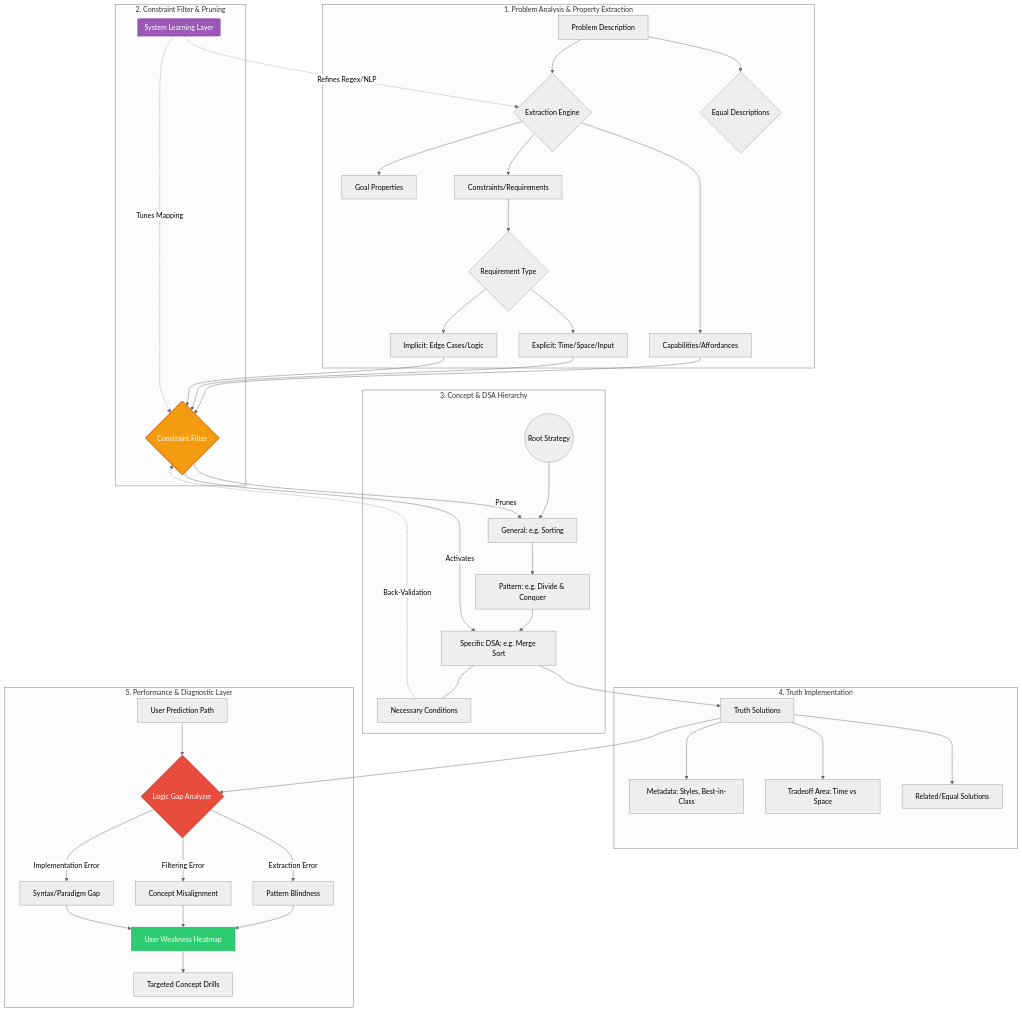
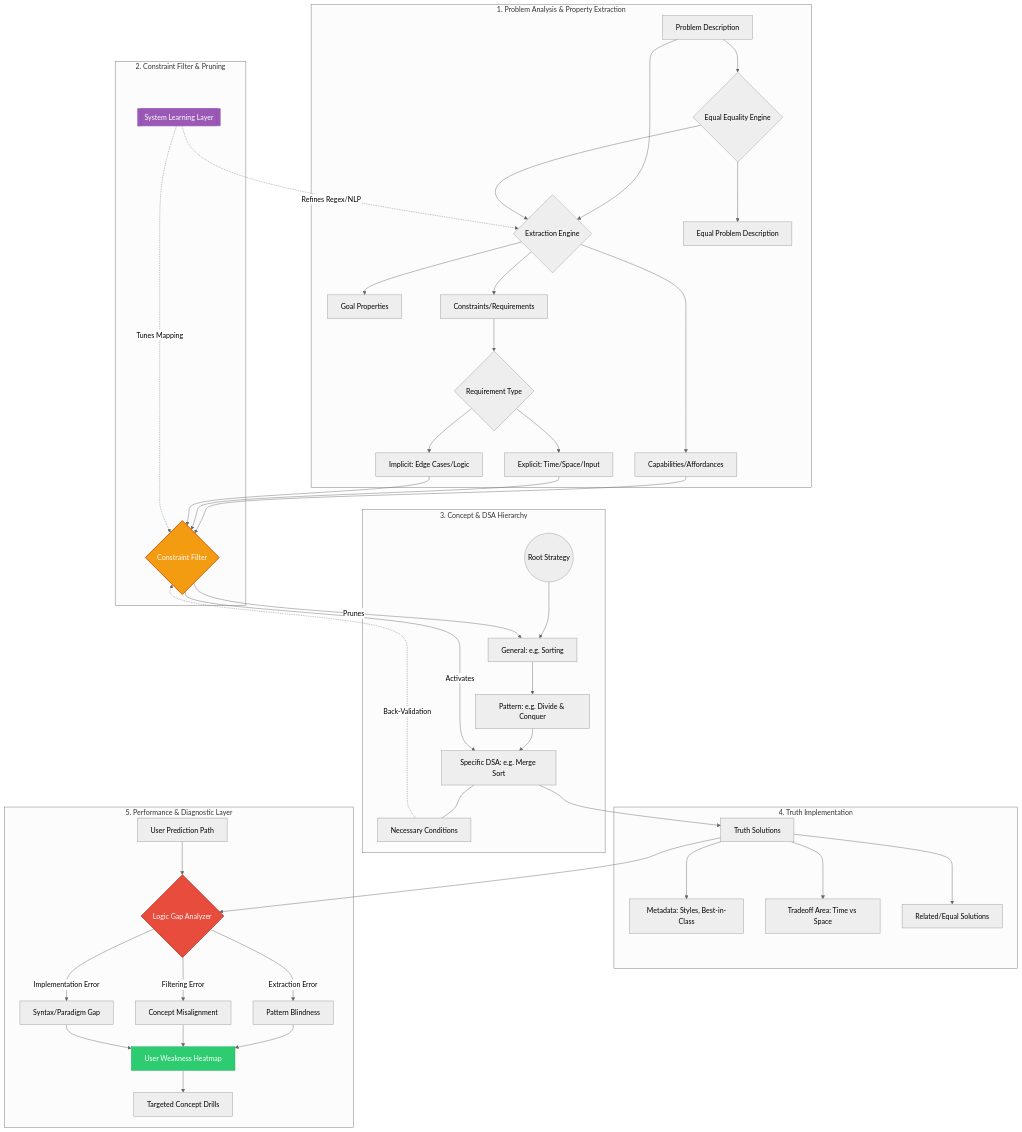
One commit to tbrumbaugh5396/another_code_trainer changed the diagram in README.md. Above: the diagram before and after it, drawn with Mermaid (neutral theme). The commit also changed 1 other file, not shown here.

````diff
--- a/README.md
+++ b/README.md
@@ -1,64 +1,70 @@
 ```mermaid
 graph TD
     %% --- LAYER 1: DATA INGESTION & FEATURE EXTRACTION ---
     subgraph Ingestion_Layer [1. Problem Analysis & Property Extraction]
         P_Raw[Problem Description]         --> P_Analytic{Extraction Engine}
-        P_Raw                              --> Equal_Descriptions{Equal Descriptions}
+        P_Raw                              --> Equality_Engine{Equal Equality Engine}
+        
+        Equality_Engine                    --> P_Raw_Equal[Equal Problem Description]
+        
+
         P_Analytic                         --> P_Goal[Goal Properties]
         P_Analytic                         --> P_Cap[Capabilities/Affordances]
         P_Analytic                         --> P_Con[Constraints/Requirements]
         
         P_Con                              --> Req_Type{Requirement Type}
         Req_Type                           --> Req_Exp[Explicit: Time/Space/Input]
         Req_Type                           --> Req_Imp[Implicit: Edge Cases/Logic]
+
+        Equality_Engine                    --> P_Analytic
     end
 
     %% --- LAYER 2: THE INTERMEDIATE LOGIC GATE ---
     subgraph Logic_Gate [2. Constraint Filter & Pruning]
         P_Cap & Req_Exp & Req_Imp          --> CF_Gate{Constraint Filter}
         
         %% Component Learning (System)
         Sys_Learn[[System Learning Layer]] -.->|Refines Regex/NLP| P_Analytic
         Sys_Learn                          -.->|Tunes Mapping| CF_Gate
     end
 
     %% --- LAYER 3: CONCEPTUAL TAXONOMY (The Tree) ---
     subgraph Concept_Hierarchy [3. Concept & DSA Hierarchy]
         C_Root((Root Strategy))            --> C_General[General: e.g. Sorting]
         C_General                          --> C_Pattern[Pattern: e.g. Divide & Conquer]
         C_Pattern                          --> C_DSA[Specific DSA: e.g. Merge Sort]
         
         CF_Gate                            -->|Prunes| C_General
         CF_Gate                            -->|Activates| C_DSA
         
         C_DSA                              --- C_Nec[Necessary Conditions]
         C_Nec                              -.->|Back-Validation| CF_Gate
     end
 
     %% --- LAYER 4: SOLUTION OUTCOMES ---
     subgraph Solution_Outcomes [4. Truth Implementation]
         C_DSA                              --> T_Sol[Truth Solutions]
         T_Sol                              --> S_Meta[Metadata: Styles, Best-in-Class]
         T_Sol                              --> S_Trade[Tradeoff Area: Time vs Space]
         T_Sol                              --> S_Rel[Related/Equal Solutions]
     end
 
     %% --- LAYER 5: THE USER LEARNING LAYER (The Performance Tracker) ---
     subgraph User_Learning [5. Performance & Diagnostic Layer]
         User_Input[User Prediction Path]   --> Compare{Logic Gap Analyzer}
         T_Sol                              --> Compare
         
         Compare                            -->|Extraction Error| D_Pattern[Pattern Blindness]
         Compare                            -->|Filtering Error| D_Logic[Concept Misalignment]
         Compare                            -->|Implementation Error| D_Skill[Syntax/Paradigm Gap]
         
         D_Pattern & D_Logic & D_Skill      --> Heatmap[User Weakness Heatmap]
         Heatmap                            --> Recommendation[Targeted Concept Drills]
     end
 
     %% Styling
     style CF_Gate fill:#f39c12,stroke:#d35400,stroke-width:2px,color:#fff
     style Sys_Learn fill:#9b59b6,stroke:#8e44ad,color:#fff
     style Compare fill:#e74c3c,stroke:#c0392b,stroke-width:2px,color:#fff
     style Heatmap fill:#2ecc71,stroke:#27ae60,color:#fff
 ```
````
